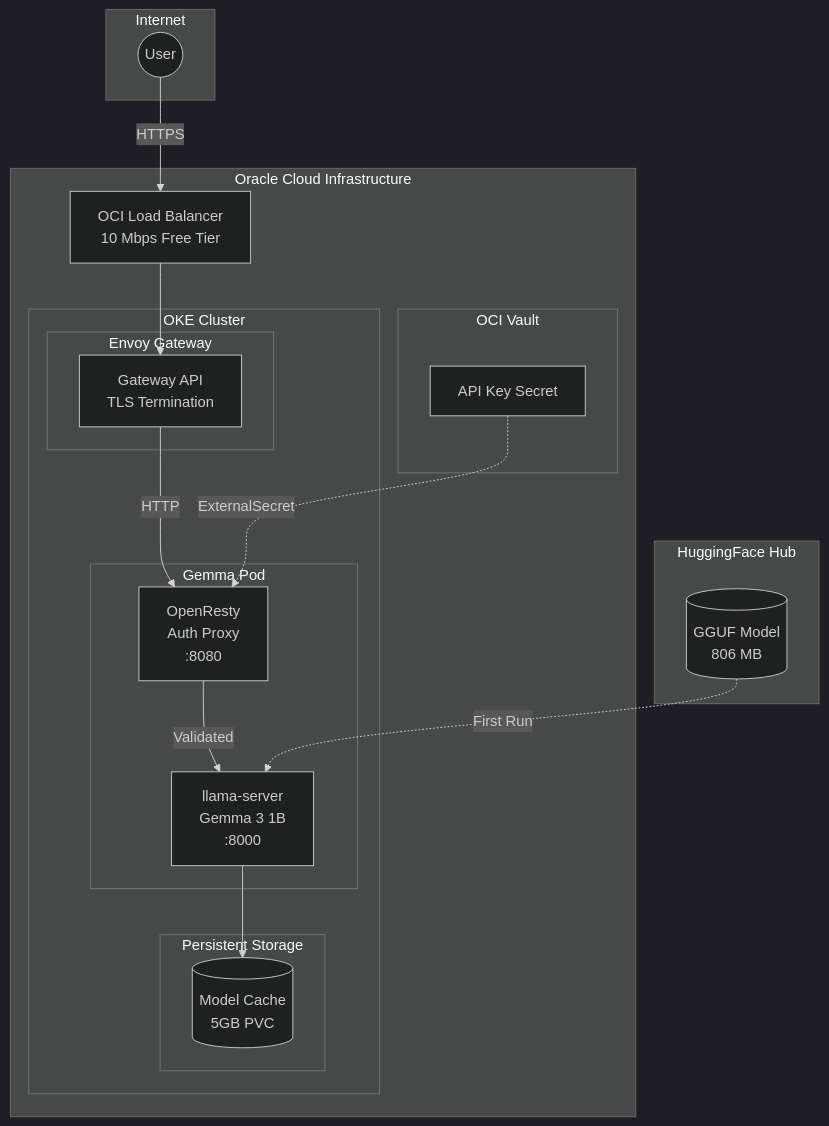
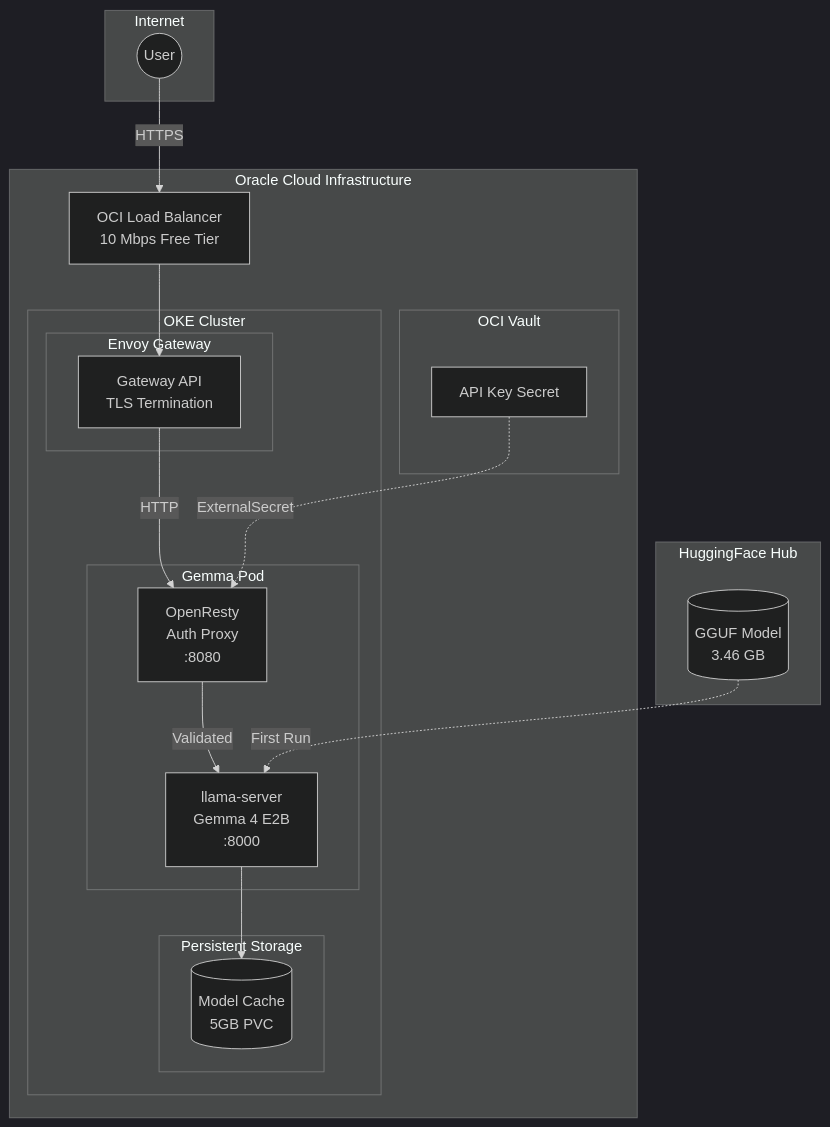
Before and after one commit to nsudhanva/k8s-oracle: the first of 7 diagrams in docs/src/content/docs/architecture/gemma-llm.mdx, drawn with Mermaid (dark theme). The commit also changed other lines of this file and 10 other files, not shown here.

````diff
--- a/docs/src/content/docs/architecture/gemma-llm.mdx
+++ b/docs/src/content/docs/architecture/gemma-llm.mdx
@@ -24,41 +24,41 @@
 ```mermaid
 flowchart TB
     subgraph Internet
         User((User))
     end
 
     subgraph OCI["Oracle Cloud Infrastructure"]
         LB[OCI Load Balancer<br/>10 Mbps Free Tier]
 
         subgraph OKE["OKE Cluster"]
             subgraph Gateway["Envoy Gateway"]
                 EG[Gateway API<br/>TLS Termination]
             end
 
             subgraph GemmaPod["Gemma Pod"]
                 Auth[OpenResty<br/>Auth Proxy<br/>:8080]
-                LLM[llama-server<br/>Gemma 3 1B<br/>:8000]
+                LLM[llama-server<br/>Gemma 4 E2B<br/>:8000]
             end
 
             subgraph Storage["Persistent Storage"]
                 PVC[(Model Cache<br/>5GB PVC)]
             end
         end
 
         subgraph Vault["OCI Vault"]
             Secret[API Key Secret]
         end
     end
 
     subgraph HuggingFace["HuggingFace Hub"]
-        GGUF[(GGUF Model<br/>806 MB)]
+        GGUF[(GGUF Model<br/>3.46 GB)]
     end
 
     User -->|HTTPS| LB
     LB --> EG
     EG -->|HTTP| Auth
     Auth -->|Validated| LLM
     LLM --> PVC
     GGUF -.->|First Run| LLM
     Secret -.->|ExternalSecret| Auth
 ```
````
